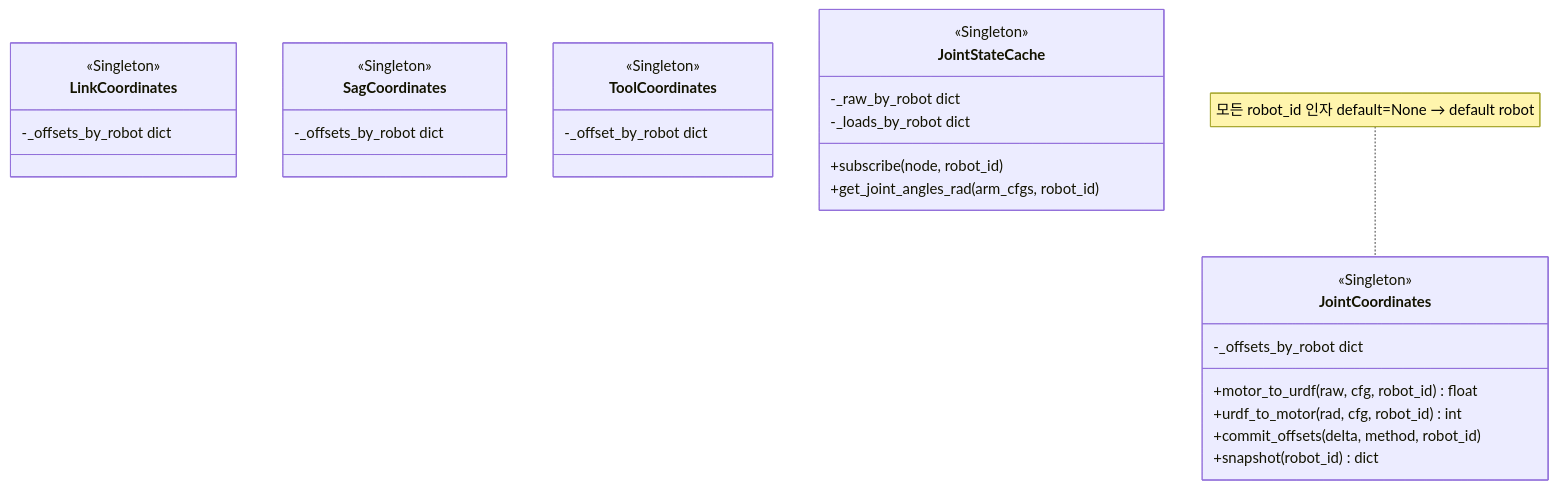
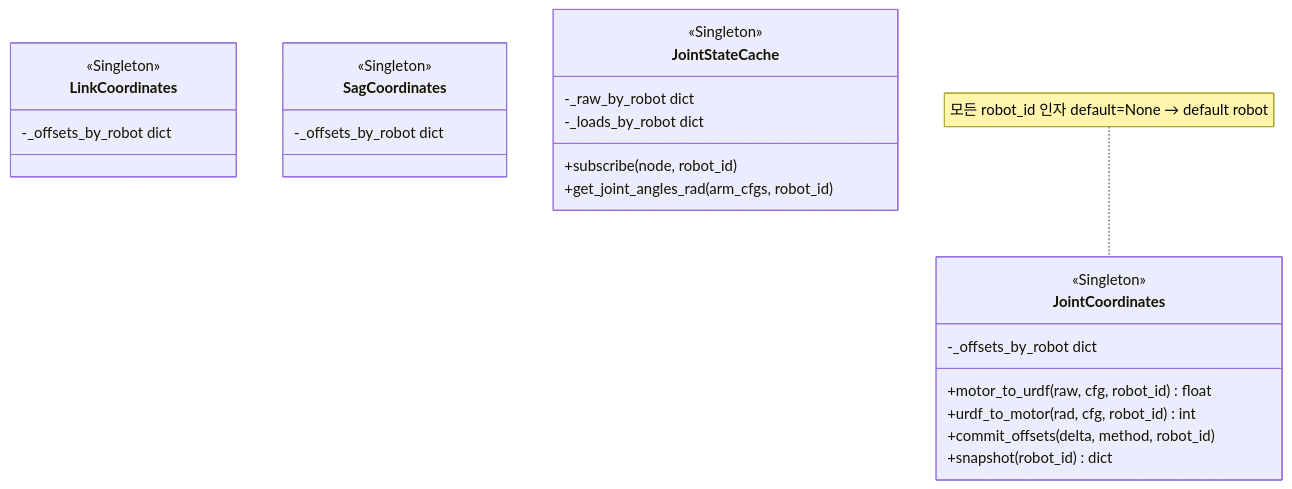
The sixth of 10 diagrams in docs/multi_robot_walkthrough.md (zzingobomi/horibot), drawn with Mermaid before and after one commit. The commit also changed other lines of this file and 38 other files, not shown here.

````diff
--- a/docs/multi_robot_walkthrough.md
+++ b/docs/multi_robot_walkthrough.md
@@ -253,32 +253,28 @@
 ```mermaid
 classDiagram
     class JointCoordinates {
         <<Singleton>>
         -_offsets_by_robot dict
         +motor_to_urdf(raw, cfg, robot_id) float
         +urdf_to_motor(rad, cfg, robot_id) int
         +commit_offsets(delta, method, robot_id)
         +snapshot(robot_id) dict
     }
     class LinkCoordinates {
         <<Singleton>>
         -_offsets_by_robot dict
     }
     class SagCoordinates {
         <<Singleton>>
         -_offsets_by_robot dict
     }
-    class ToolCoordinates {
-        <<Singleton>>
-        -_offset_by_robot dict
-    }
     class JointStateCache {
         <<Singleton>>
         -_raw_by_robot dict
         -_loads_by_robot dict
         +subscribe(node, robot_id)
         +get_joint_angles_rad(arm_cfgs, robot_id)
     }
 
     note for JointCoordinates "모든 robot_id 인자 default=None → default robot"
 ```
````
